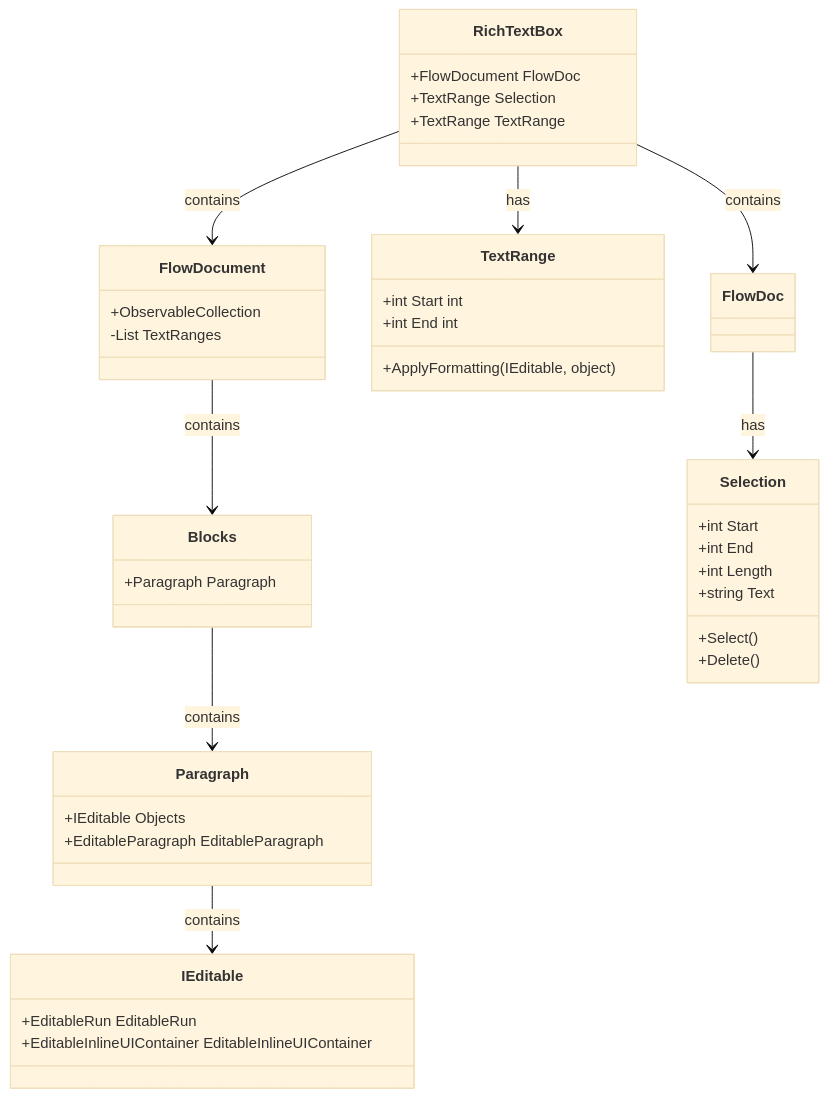
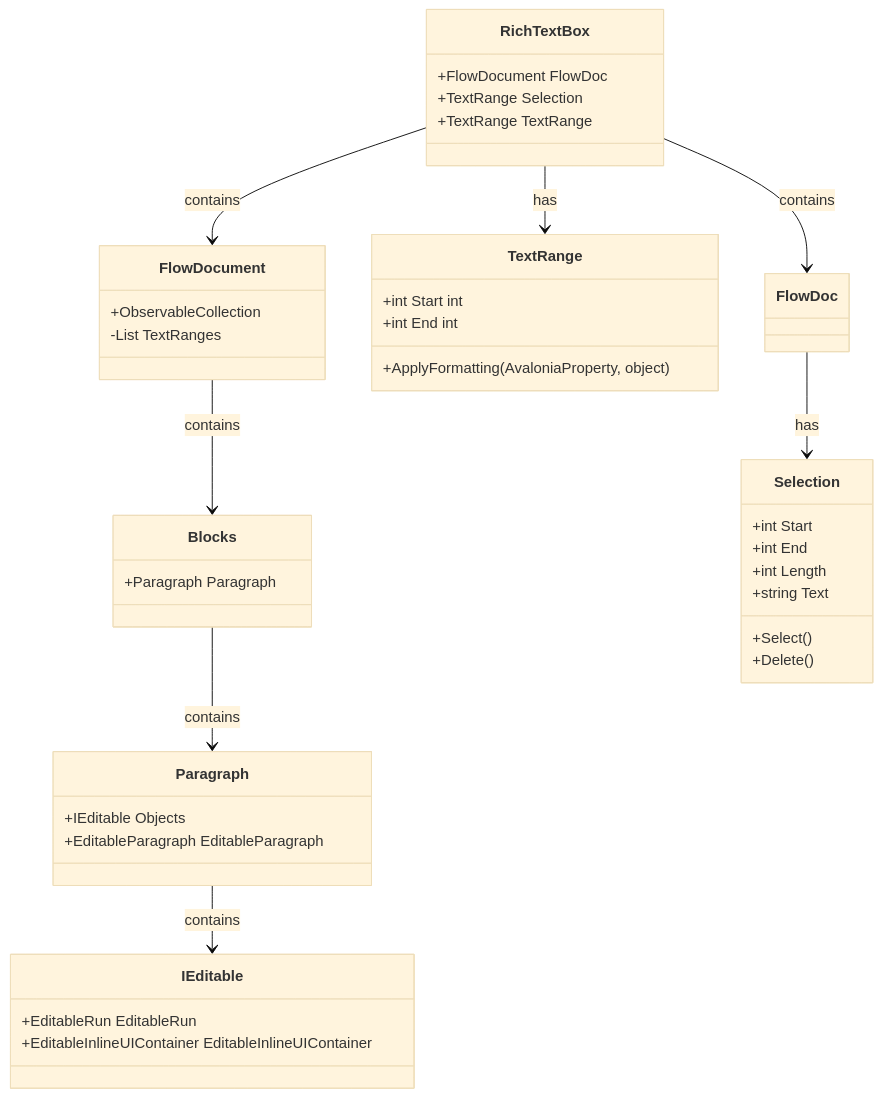
Before and after one commit to cuikp/AvRichTextBox: the diagram in README.md, drawn with Mermaid (base theme).

Commit message:
Update README.md
Changed [TextRange.ApplyFormatting](IEditable.. to (AvaloniaProperty...

````diff
--- a/README.md
+++ b/README.md
@@ -13,44 +13,44 @@
 ```mermaid
 classDiagram
     class RichTextBox{
         +FlowDocument FlowDoc
         +TextRange Selection
         +TextRange TextRange
     }
     class FlowDocument{
         +ObservableCollection<Blocks>
         -List<TextRange> TextRanges
     }
     class Blocks{
         +Paragraph Paragraph
     }
     class Paragraph{
         +IEditable Objects
         +EditableParagraph EditableParagraph
     }
     class IEditable{
         +EditableRun EditableRun
         +EditableInlineUIContainer EditableInlineUIContainer
     }
     class Selection{
         +int Start
         +int End
         +int Length
         +Select()
         +Delete()
         +string Text
     }
     class TextRange{
         +int Start int
         +int End int
-        +ApplyFormatting(IEditable, object)
+        +ApplyFormatting(AvaloniaProperty, object)
     }
     RichTextBox --> FlowDocument : contains
     FlowDocument --> Blocks : contains
     Blocks --> Paragraph : contains
     Paragraph --> IEditable : contains
     FlowDoc--> Selection : has
     RichTextBox --> TextRange : has
     RichTextBox --> FlowDoc : contains
 
 ```
````
